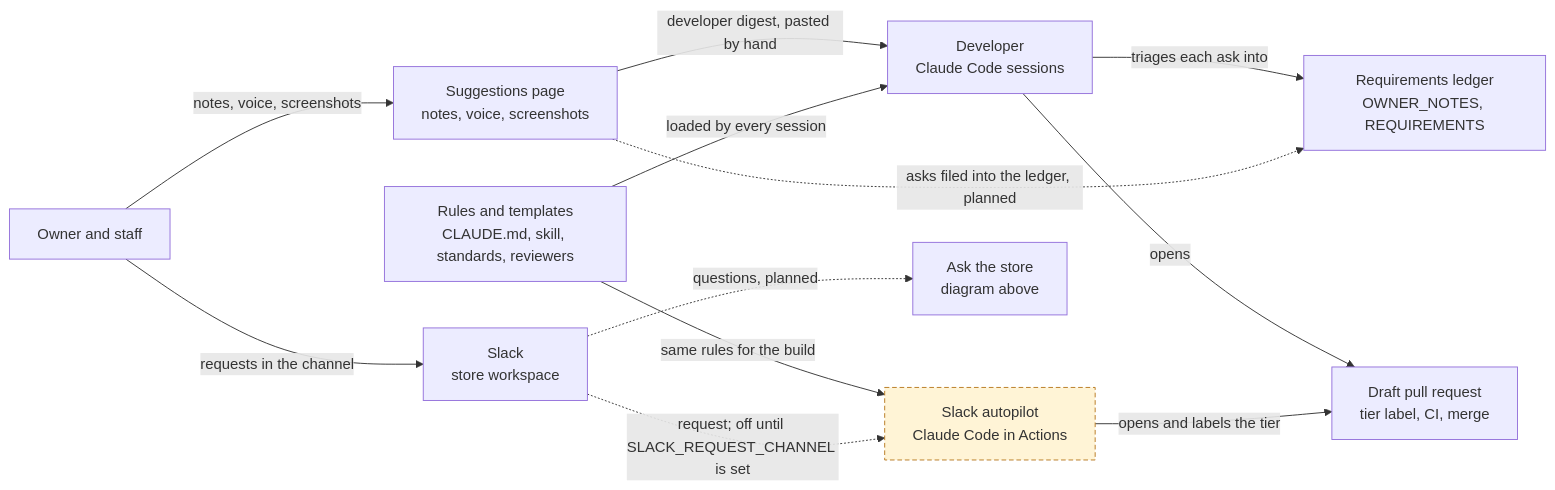
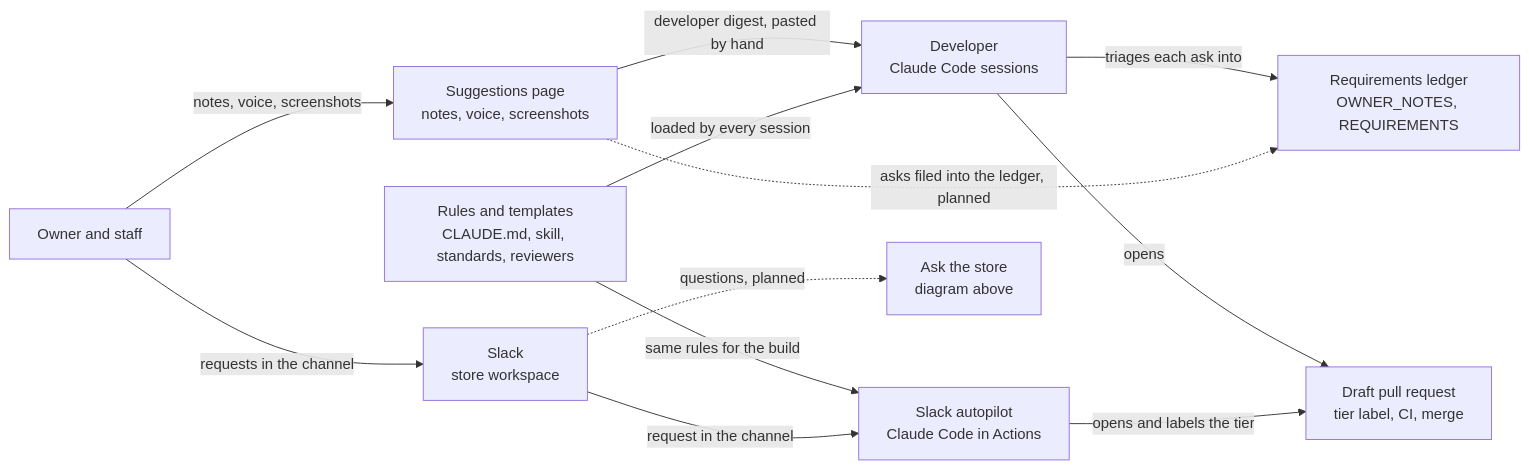
The ninth of 9 diagrams in docs/ARCHITECTURE.md (raviteja0012/robinsons-store), drawn with Mermaid before and after one commit. The commit also changed other lines of this file and 1 other file, not shown here.

First line of the commit message:
Correct the AI section's claims and mark the Slack autopilot as on

````diff
--- a/docs/ARCHITECTURE.md
+++ b/docs/ARCHITECTURE.md
@@ -619,25 +623,23 @@
 ```mermaid
 flowchart LR
   OWN["Owner and staff"]
   SUG["Suggestions page<br/>notes, voice, screenshots"]
   SLK["Slack<br/>store workspace"]
   DEV["Developer<br/>Claude Code sessions"]
   LED["Requirements ledger<br/>OWNER_NOTES, REQUIREMENTS"]
   RUL["Rules and templates<br/>CLAUDE.md, skill, standards, reviewers"]
   AP["Slack autopilot<br/>Claude Code in Actions"]
   PR["Draft pull request<br/>tier label, CI, merge"]
   ASK["Ask the store<br/>diagram above"]
   OWN -- "notes, voice, screenshots" --> SUG
   OWN -- "requests in the channel" --> SLK
   SUG -- "developer digest, pasted by hand" --> DEV
   DEV -- "triages each ask into" --> LED
   RUL -- "loaded by every session" --> DEV
   RUL -- "same rules for the build" --> AP
-  SLK -. "request; off until SLACK_REQUEST_CHANNEL is set" .-> AP
+  SLK -- "request in the channel" --> AP
   SLK -. "questions, planned" .-> ASK
   SUG -. "asks filed into the ledger, planned" .-> LED
   DEV -- "opens" --> PR
   AP -- "opens and labels the tier" --> PR
-  classDef scaffolded fill:#fff4d6,stroke:#b7791f,stroke-dasharray:5 3
-  class AP scaffolded
 ```
````
